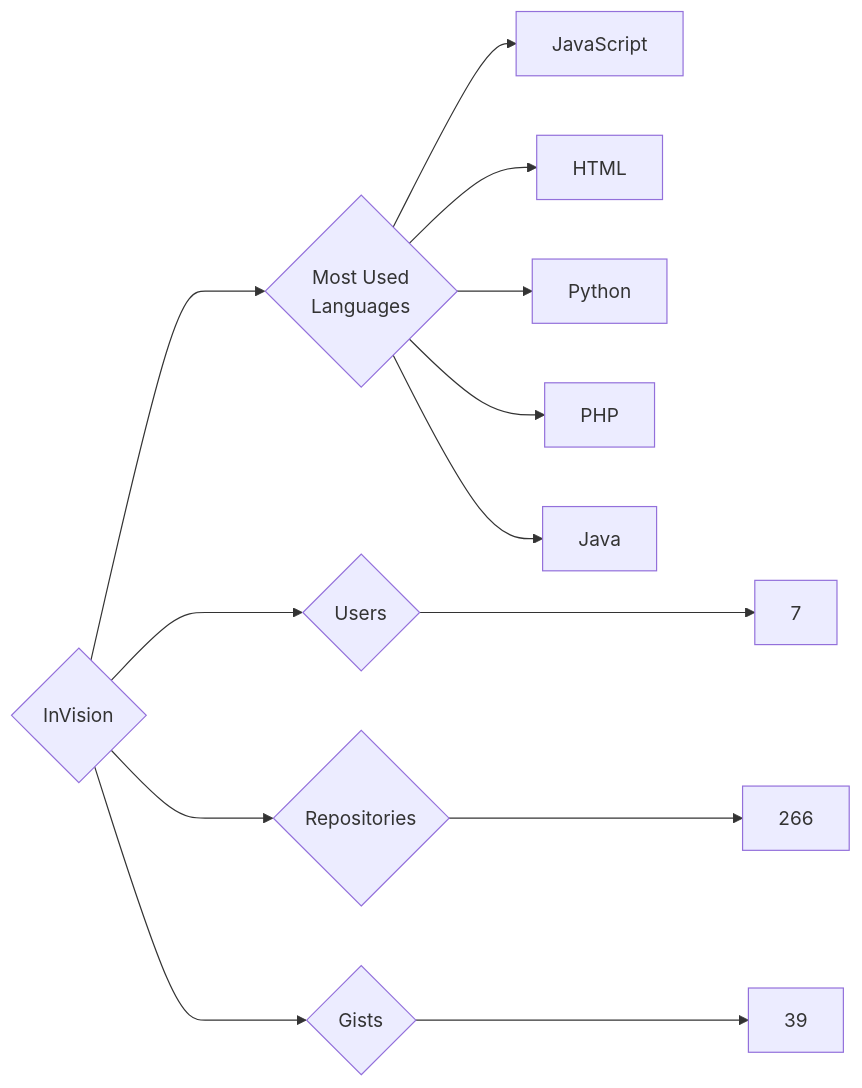
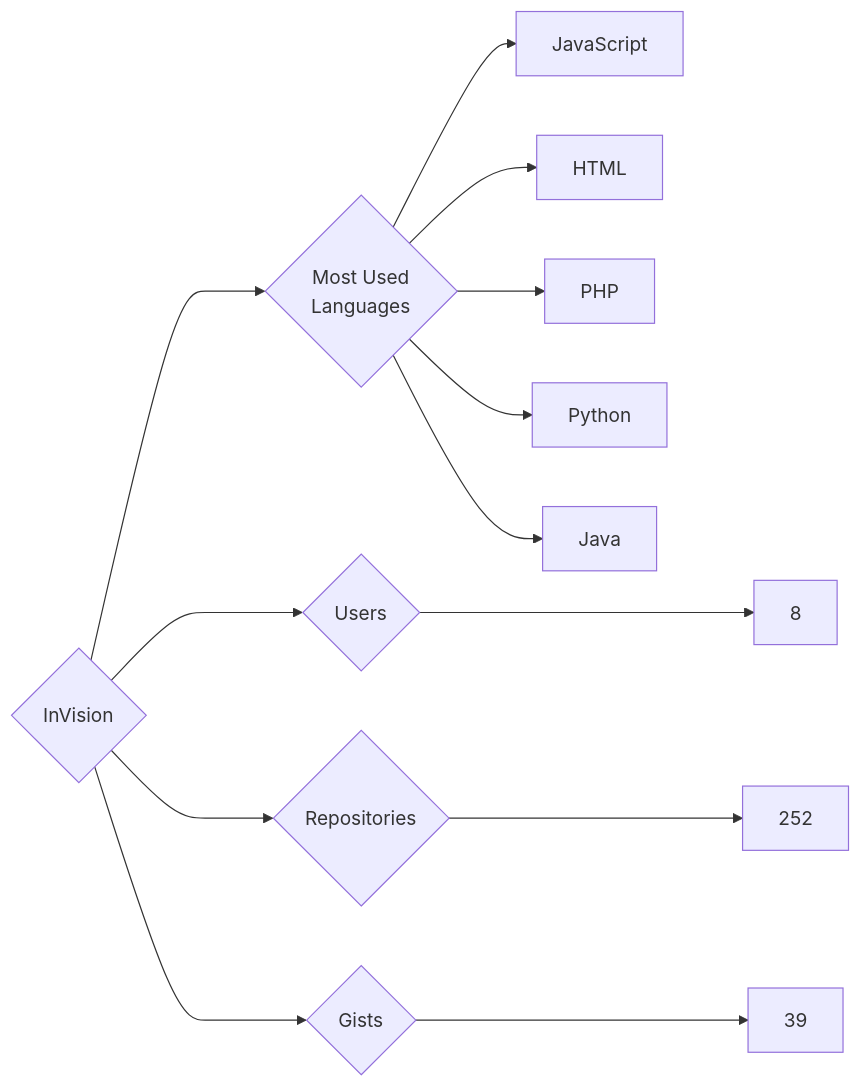
One commit to trickest/insiders changed the diagram in targets/InVision/README.md. Above: the diagram before and after it, drawn with Mermaid. The commit also changed 912 other files, not shown here.

````diff
--- a/targets/InVision/README.md
+++ b/targets/InVision/README.md
@@ -3,13 +3,13 @@
 ```mermaid
 graph LR
 COMPANY_NAME{InVision}
-COMPANY_NAME ---> U{Users} ---> UN[7]
-COMPANY_NAME ---> R{Repositories} ---> RN[266]
+COMPANY_NAME ---> U{Users} ---> UN[8]
+COMPANY_NAME ---> R{Repositories} ---> RN[252]
 COMPANY_NAME ---> G{Gists} ---> GN[39]
 COMPANY_NAME ---> ML{Most Used<br>Languages}
 ML --> JavaScript[JavaScript]
 ML --> HTML[HTML]
+ML --> PHP[PHP]
 ML --> Python[Python]
-ML --> PHP[PHP]
 ML --> Java[Java]
 ```
````
